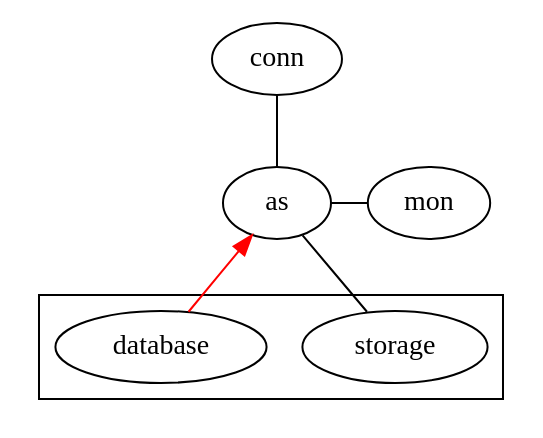
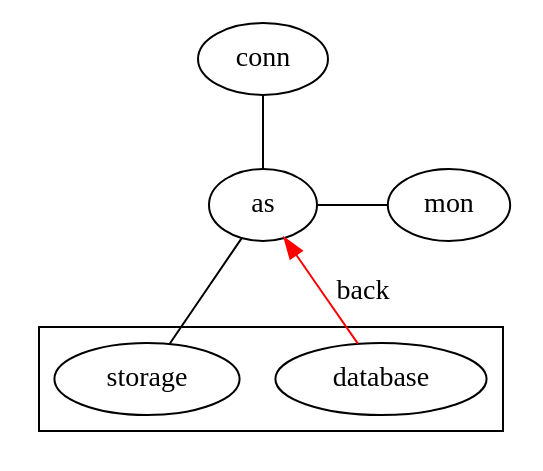
Before and after one commit to taeyoungchoon/taeyoungchoon.github.io: the diagram in foo.dot, drawn with Graphviz. The commit also changed 2 other files, not shown here.

```diff
--- a/foo.dot
+++ b/foo.dot
@@ -1,25 +1,27 @@
 //
 // graphviz-dot-mode
 //
 // M-x compile
 // C-c p
 //
 
 digraph mail {
 
 	edge[dir=none]
 	
 	conn -> as
 	as -> mon	
 
 	subgraph cluster_repo {
 		storage
 		database
 	}
 	
 	// as -> { storage, database }
+	// todo : small label
+	// todo : label to the circle
 	as -> storage
-	as -> database[dir=back, color=red]
+	as -> database[dir=back, color=red, label="back"]
 
 	{ rank = same; as mon}
 }
```
